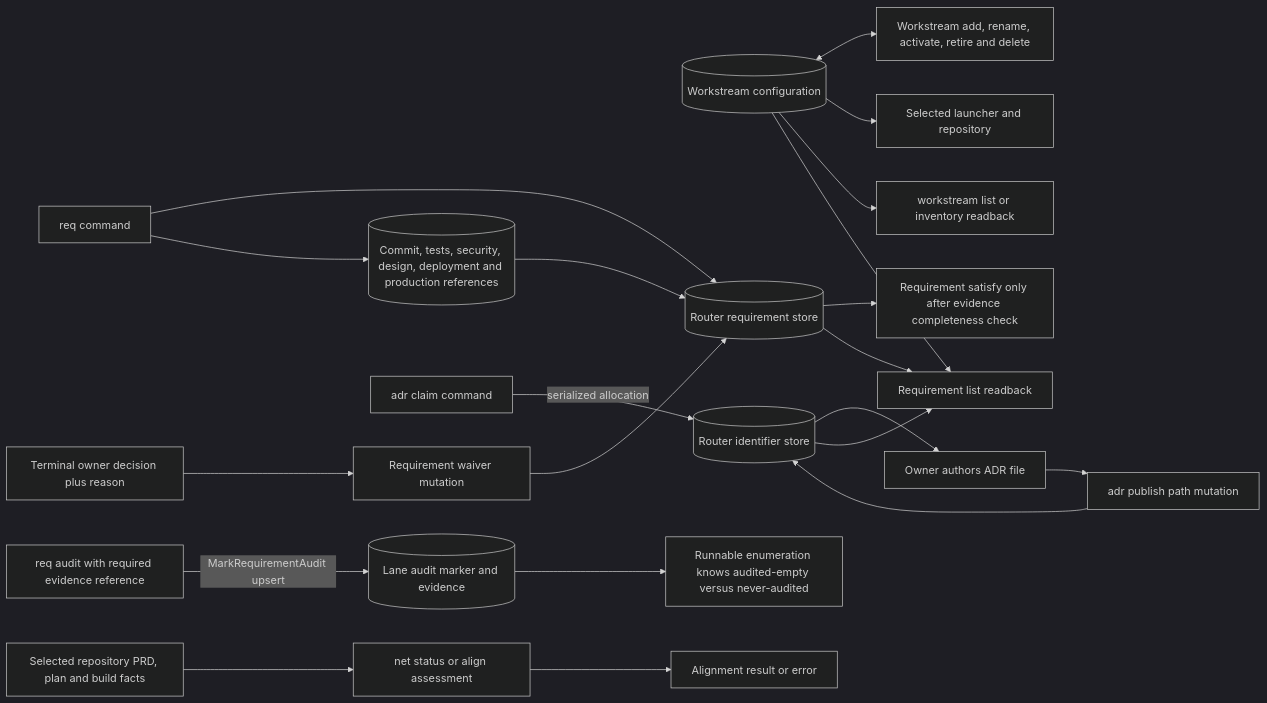
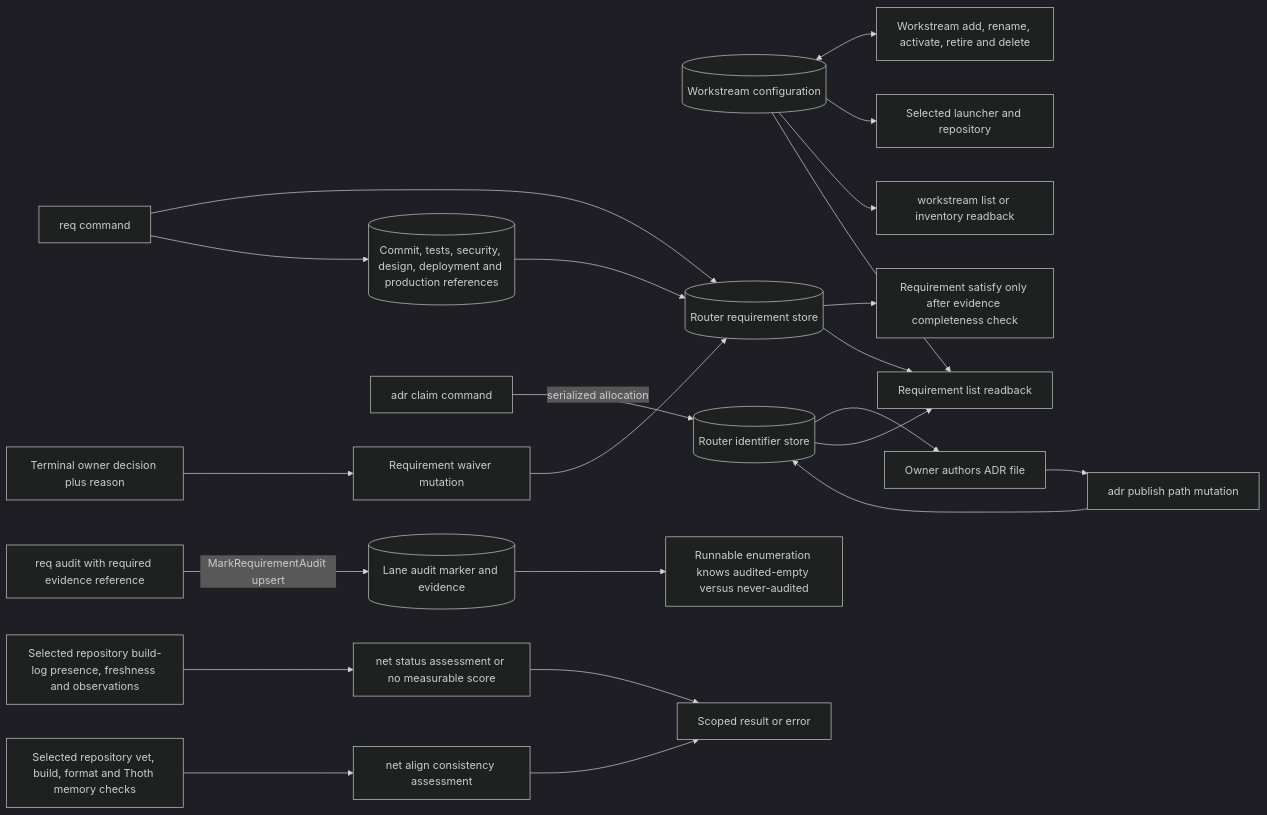
Diagram 23 of 45 in docs/stacklab/pantheon-pt/canon/DIAGRAMS_PRODUCT_OPERATIONS.md (SirsiMaster/sirsi-pantheon), drawn with Mermaid (dark theme) before and after one commit. The commit also changed 15 other files, not shown here.

````diff
--- a/docs/stacklab/pantheon-pt/canon/DIAGRAMS_PRODUCT_OPERATIONS.md
+++ b/docs/stacklab/pantheon-pt/canon/DIAGRAMS_PRODUCT_OPERATIONS.md
@@ -676,23 +676,25 @@
 ```mermaid
 flowchart LR
   WS[(Workstream configuration)] <--> CRUD[Workstream add, rename, activate, retire and delete]
   WS --> LAUNCH[Selected launcher and repository]
   REQCMD[req command] --> REQSTORE[(Router requirement store)]
   REQCMD --> EV[(Commit, tests, security, design, deployment and production references)]
   EV --> REQSTORE
   REQSTORE --> SAT[Requirement satisfy only after evidence completeness check]
   OWNER[Terminal owner decision plus reason] --> WAIVE[Requirement waiver mutation]
   WAIVE --> REQSTORE
   ADRCMD[adr claim command] -->|serialized allocation| ADRSTORE[(Router identifier store)]
   ADRSTORE --> DOC[Owner authors ADR file]
   DOC --> ADRPUB[adr publish path mutation]
   ADRPUB --> ADRSTORE
   REQSTORE --> READ[Requirement list readback]
   AUDITCMD[req audit with required evidence reference] -->|MarkRequirementAudit upsert| AUDITSTORE[(Lane audit marker and evidence)]
   AUDITSTORE --> ELIGIBILITY[Runnable enumeration knows audited-empty versus never-audited]
-  PRD[Selected repository PRD, plan and build facts] --> NEITH[net status or align assessment]
-  NEITH --> ALIGN[Alignment result or error]
+  BUILDLOG[Selected repository build-log presence, freshness and observations] --> NETSTATUS[net status assessment or no measurable score]
+  REPOCHECK[Selected repository vet, build, format and Thoth memory checks] --> NETALIGN[net align consistency assessment]
+  NETSTATUS --> ALIGN[Scoped result or error]
+  NETALIGN --> ALIGN
   WS --> WSLIST[workstream list or inventory readback]
   ADRSTORE --> READ
   WS --> READ
 ```
````
